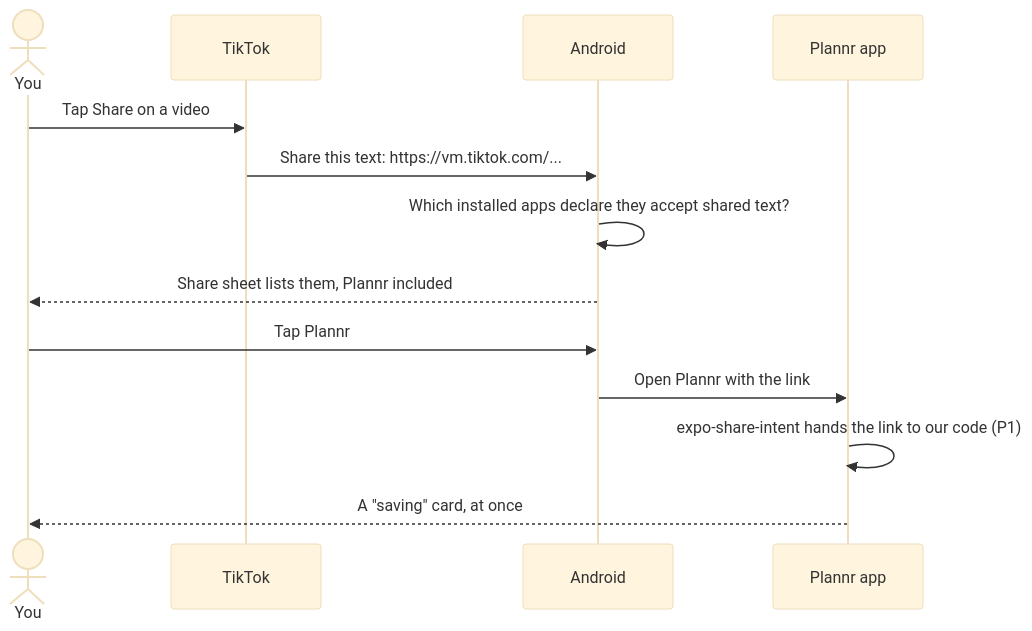
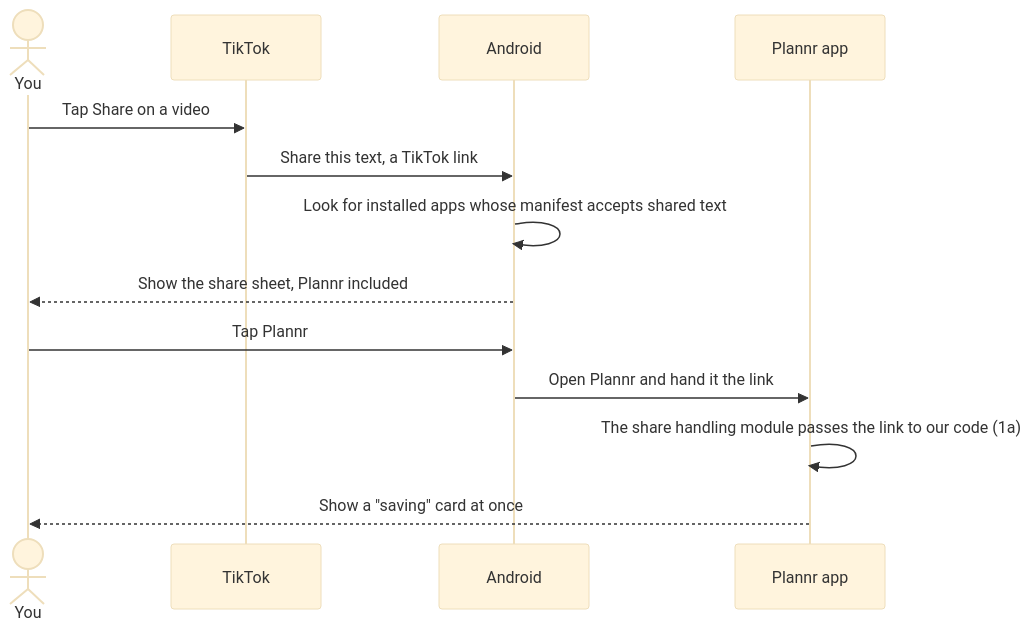
Before and after one commit to SunchokePasta/Plannr: the eighth of 13 diagrams in docs/architecture.md, drawn with Mermaid (base theme). The commit also changed other lines of this file and 3 other files, not shown here.

First line of the commit message:
Rewrite the architecture page around a glossary and labelled steps

````diff
--- a/docs/architecture.md
+++ b/docs/architecture.md
@@ -329,15 +345,15 @@
 ```mermaid
 sequenceDiagram
-  actor U as You
+  actor You
   participant TT as TikTok
   participant OS as Android
   participant PL as Plannr app
-  U->>TT: Tap Share on a video
-  TT->>OS: Share this text: https://vm.tiktok.com/...
-  OS->>OS: Which installed apps declare they accept shared text?
-  OS-->>U: Share sheet lists them, Plannr included
-  U->>OS: Tap Plannr
-  OS->>PL: Open Plannr with the link
-  PL->>PL: expo-share-intent hands the link to our code (P1)
-  PL-->>U: A "saving" card, at once
+  You->>TT: Tap Share on a video
+  TT->>OS: Share this text, a TikTok link
+  OS->>OS: Look for installed apps whose manifest accepts shared text
+  OS-->>You: Show the share sheet, Plannr included
+  You->>OS: Tap Plannr
+  OS->>PL: Open Plannr and hand it the link
+  PL->>PL: The share handling module passes the link to our code (1a)
+  PL-->>You: Show a "saving" card at once
 ```
````
